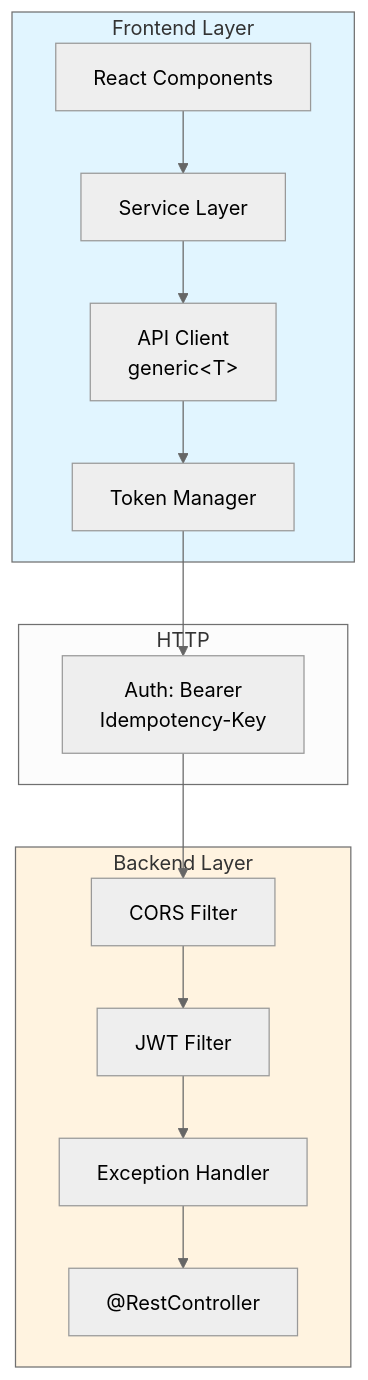
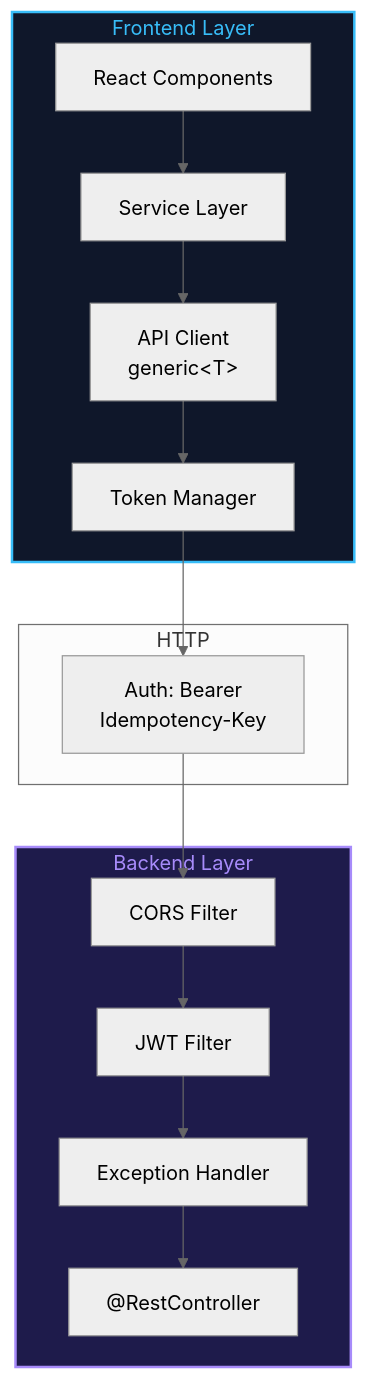
One commit to loucasty-cell/UIT-Java-Final-Project changed diagram 18 of 21 in DEMO.md. Above: the diagram before and after it, drawn with Mermaid (neutral theme). The commit also changed other lines of this file, not shown here.

Commit message:
Fix: Correct 16 mermaid syntax errors in DEMO.md diagrams

````diff
--- a/DEMO.md
+++ b/DEMO.md
@@ -1431,32 +1886,32 @@
 ```mermaid
 graph TB
     subgraph Frontend["Frontend Layer"]
-        Component["React Components"]
-        Service["Service Layer"]
-        ApiClient["API Client<br/>generic&lt;T&gt;"]
-        TokenMgr["Token Manager"]
+Component["React Components"]
+Service["Service Layer"]
+ApiClient["API Client<br/>generic&lt;T&gt;"]
+TokenMgr["Token Manager"]
     end
     
     subgraph Network["HTTP"]
-        Header["Auth: Bearer<br/>Idempotency-Key"]
+Header["Auth: Bearer<br/>Idempotency-Key"]
     end
     
     subgraph Backend["Backend Layer"]
-        CorsFilter["CORS Filter"]
-        JwtFilter["JWT Filter"]
-        Interceptor["Exception Handler"]
-        Controller["@RestController"]
+CorsFilter["CORS Filter"]
+JwtFilter["JWT Filter"]
+Interceptor["Exception Handler"]
+Controller["@RestController"]
     end
     
     Component --> Service
     Service --> ApiClient
     ApiClient --> TokenMgr
     TokenMgr --> Header
     Header --> CorsFilter
     CorsFilter --> JwtFilter
     JwtFilter --> Interceptor
     Interceptor --> Controller
     
-    style Frontend fill:#e1f5ff
-    style Backend fill:#fff3e0
+    style Frontend fill:#0f172a,stroke:#38bdf8,stroke-width:2px,color:#38bdf8
+    style Backend fill:#1e1b4b,stroke:#a78bfa,stroke-width:2px,color:#a78bfa
 ```
````
